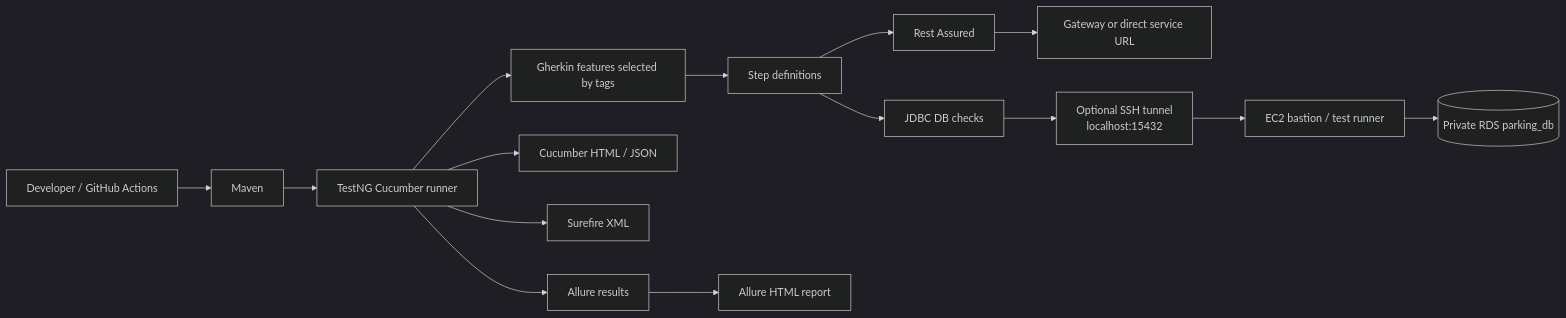
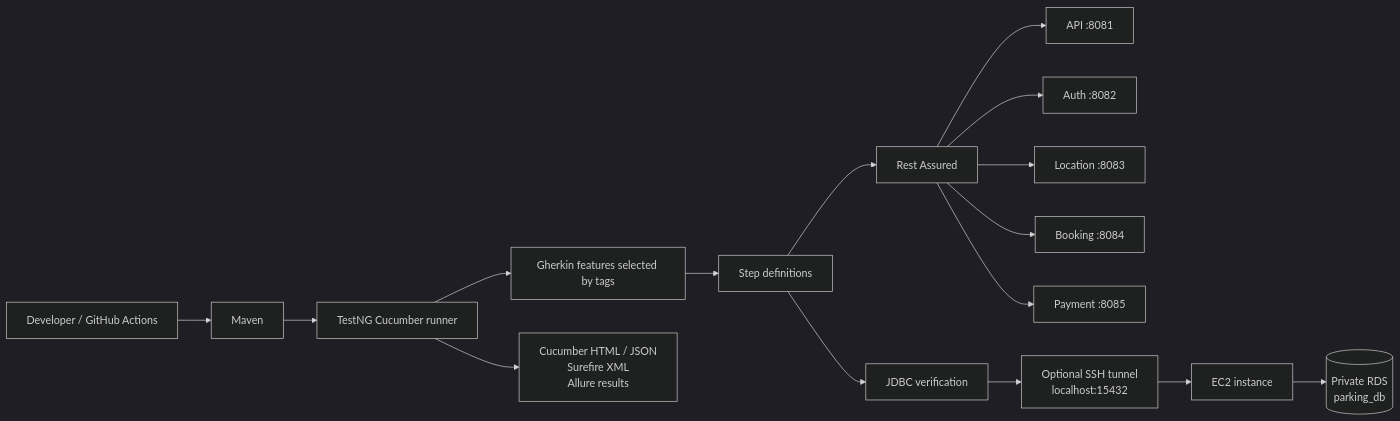
Before and after one commit to sangeethadhatrika510-svg/test-parking-api-testing: diagram 11 of 11 in Parking_Microservices_Architecture.md, drawn with Mermaid (dark theme). The commit also changed other lines of this file, not shown here.

First line of the commit message:
Update Parking_Microservices_Architecture.md

````diff
--- a/Parking_Microservices_Architecture.md
+++ b/Parking_Microservices_Architecture.md
@@ -289,20 +308,21 @@
 ```mermaid
 flowchart LR
     Trigger["Developer / GitHub Actions"] --> Maven["Maven"]
     Maven --> TestNG["TestNG Cucumber runner"]
     TestNG --> Features["Gherkin features selected by tags"]
     Features --> Steps["Step definitions"]
 
     Steps --> RestAssured["Rest Assured"]
-    RestAssured --> Gateway["Gateway or direct service URL"]
+    RestAssured --> API["API :8081"]
+    RestAssured --> Auth["Auth :8082"]
+    RestAssured --> Location["Location :8083"]
+    RestAssured --> Booking["Booking :8084"]
+    RestAssured --> Payment["Payment :8085"]
 
-    Steps --> JDBC["JDBC DB checks"]
+    Steps --> JDBC["JDBC verification"]
     JDBC --> Tunnel["Optional SSH tunnel<br/>localhost:15432"]
-    Tunnel --> EC2["EC2 bastion / test runner"]
-    EC2 --> RDS[("Private RDS parking_db")]
+    Tunnel --> EC2["EC2 instance"]
+    EC2 --> RDS[("Private RDS<br/>parking_db")]
 
-    TestNG --> Cucumber["Cucumber HTML / JSON"]
-    TestNG --> Surefire["Surefire XML"]
-    TestNG --> AllureResults["Allure results"]
-    AllureResults --> Allure["Allure HTML report"]
+    TestNG --> Reports["Cucumber HTML / JSON<br/>Surefire XML<br/>Allure results"]
 ```
````
